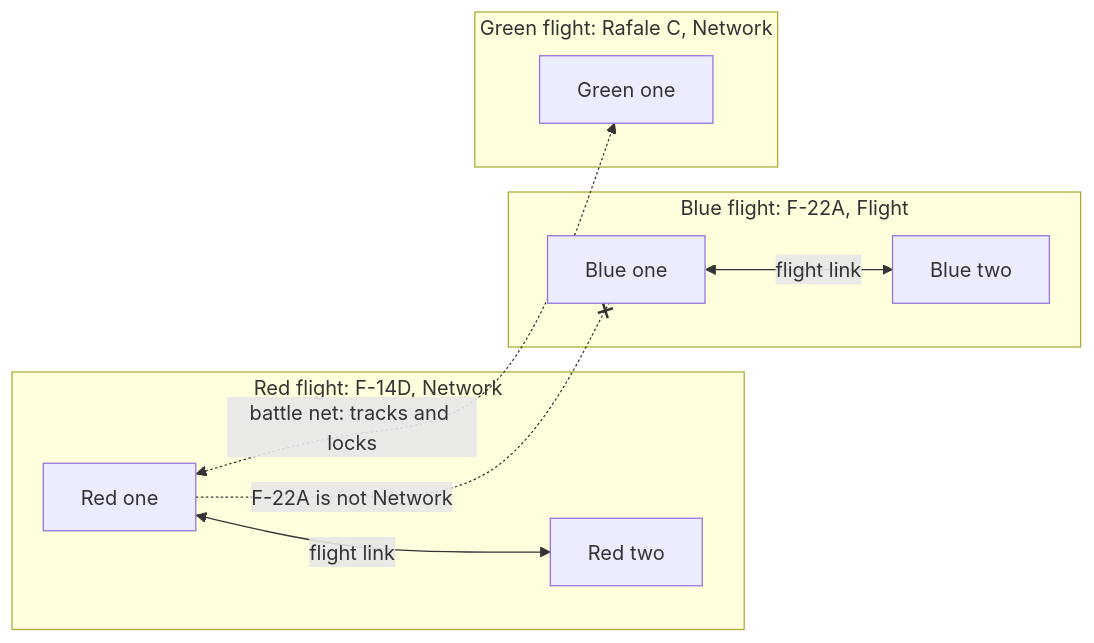
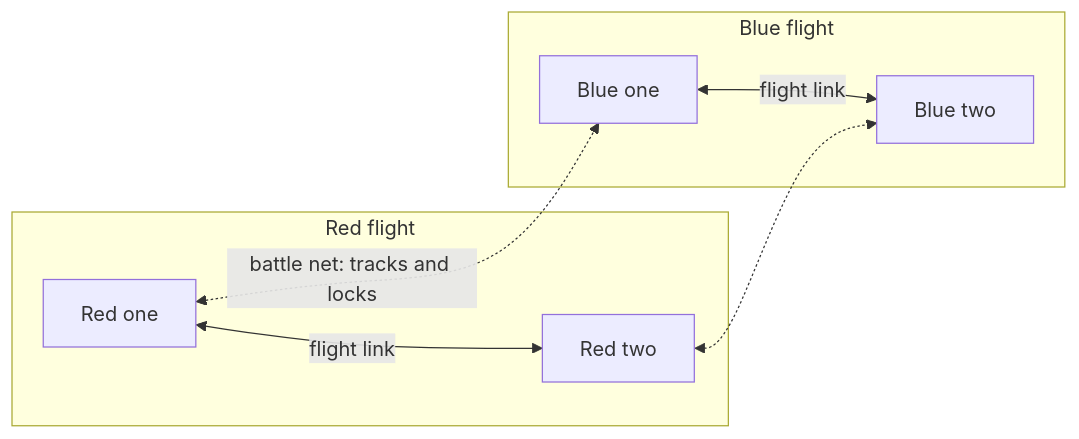
Before and after one commit to john-overton/T.O.R.E-Fighters: the diagram in docs/DATALINK.md, drawn with Mermaid. The commit also changed other lines of this file and 15 other files, not shown here.

````diff
--- a/docs/DATALINK.md
+++ b/docs/DATALINK.md
@@ -138,14 +127,11 @@
 ```mermaid
 flowchart LR
-  subgraph red["Red flight: F-14D, Network"]
+  subgraph red["Red flight"]
     r1["Red one"] <-->|"flight link"| r2["Red two"]
   end
-  subgraph blue["Blue flight: F-22A, Flight"]
+  subgraph blue["Blue flight"]
     b1["Blue one"] <-->|"flight link"| b2["Blue two"]
   end
-  subgraph green["Green flight: Rafale C, Network"]
-    g1["Green one"]
-  end
-  r1 <-.->|"battle net: tracks and locks"| g1
-  r1 -.-x|"F-22A is not Network"| b1
+  r1 <-.->|"battle net: tracks and locks"| b1
+  r2 <-.-> b2
 ```
````
